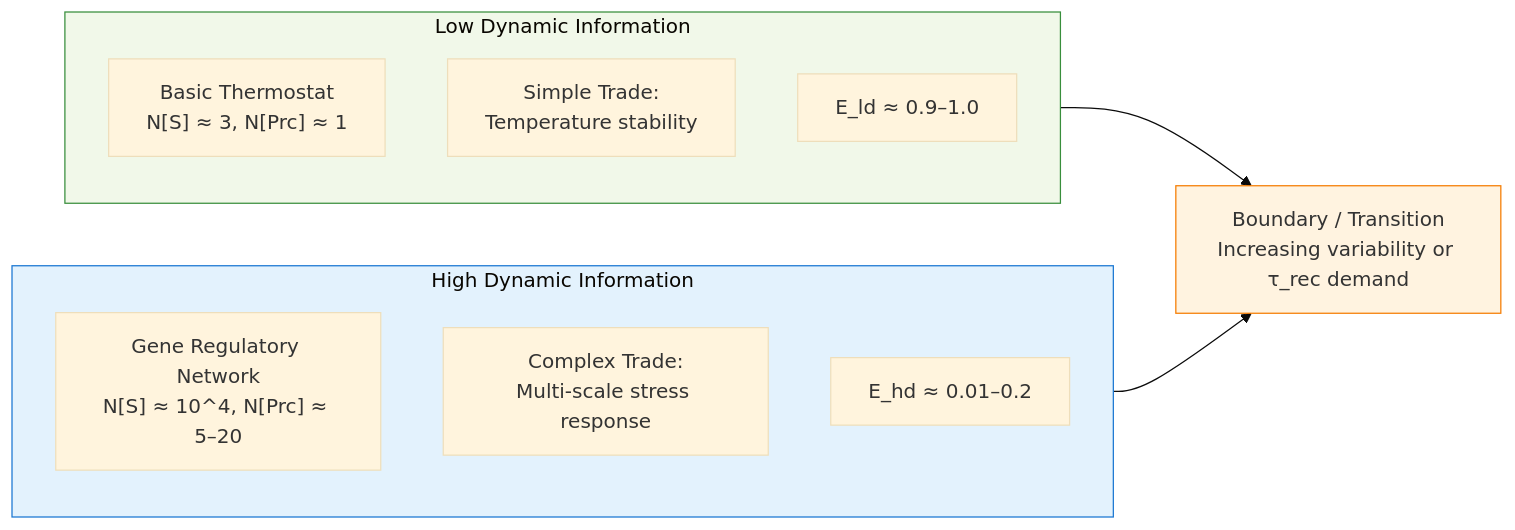
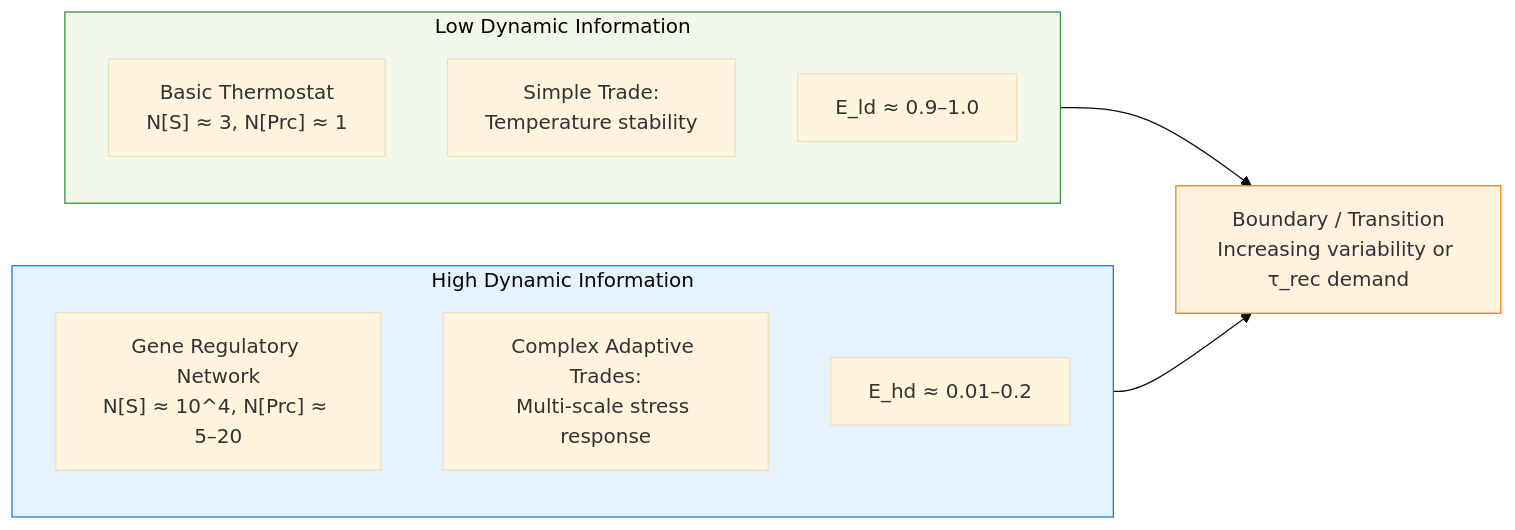
One commit to CuriousOne23/WhenMathPrays changed the second of 2 diagrams in docs/High d-information.md. Above: the diagram before and after it, drawn with Mermaid (base theme). The commit also changed other lines of this file, not shown here.

````diff
--- a/docs/High d-information.md
+++ b/docs/High d-information.md
@@ -153,21 +153,21 @@
 ```mermaid
 flowchart LR
     subgraph Low["Low Dynamic Information"]
         A["Basic Thermostat\nN[S] ≈ 3, N[Prc] ≈ 1"] 
         B["Simple Trade:\nTemperature stability"]
         C["E_ld ≈ 0.9–1.0"]
     end
 
     subgraph High["High Dynamic Information"]
         D["Gene Regulatory Network\nN[S] ≈ 10^4, N[Prc] ≈ 5–20"] 
-        E["Complex Trade:\nMulti-scale stress response"]
+        E["Complex Adaptive Trades:\nMulti-scale stress response"]
         F["E_hd ≈ 0.01–0.2"]
     end
 
     Low --> Boundary["Boundary / Transition\nIncreasing variability or τ_rec demand"]
     High --> Boundary
 
     style Low fill:#f1f8e9,stroke:#388e3c
     style High fill:#e3f2fd,stroke:#1976d2
     style Boundary fill:#fff3e0,stroke:#f57c00
 ```
````
